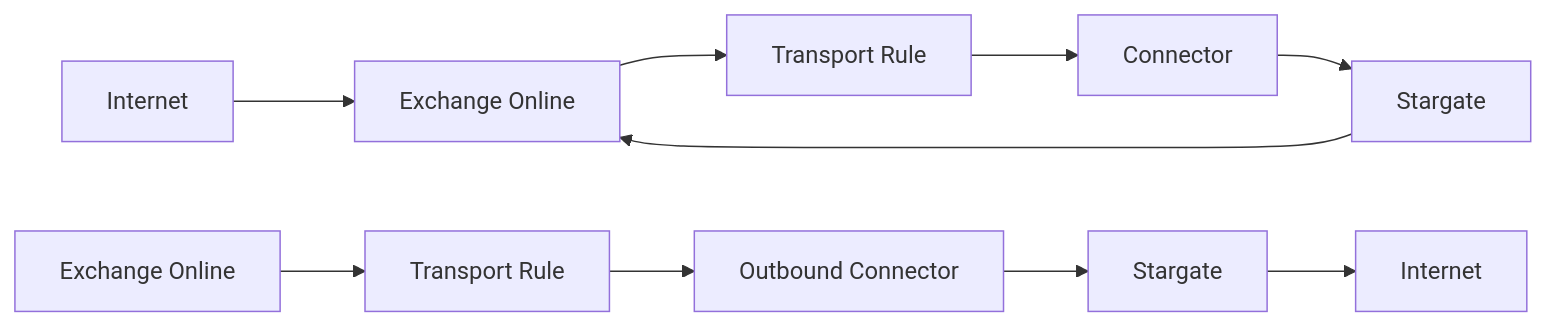
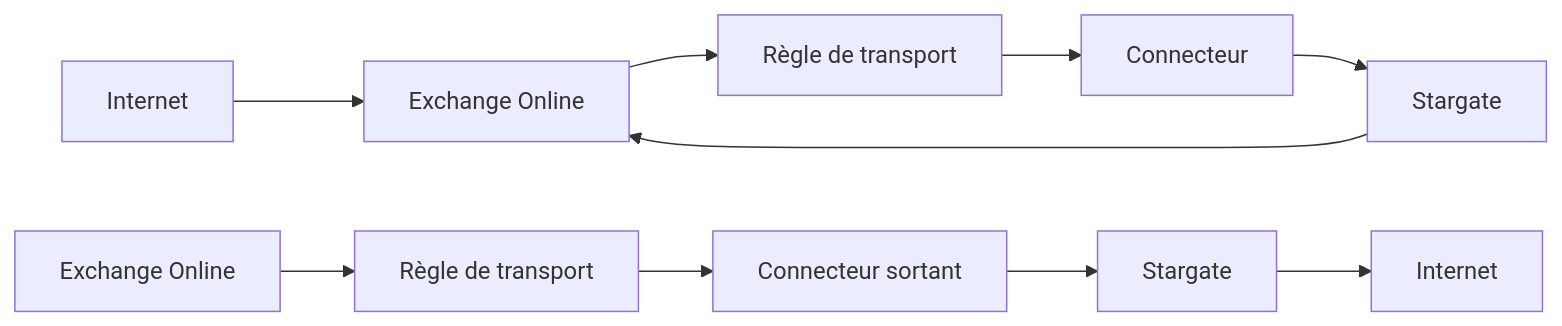
One commit to Health-Info-Net-AG/Stargate-deployment changed the second of 2 diagrams in docs/fr/Exchange-integration.md. Above: the diagram before and after it, drawn with Mermaid. The commit also changed other lines of this file and 19 other files, not shown here.

````diff
--- a/docs/fr/Exchange-integration.md
+++ b/docs/fr/Exchange-integration.md
@@ -34,15 +34,15 @@
 ```mermaid
 flowchart LR
     I1 --> EO --> TR --> C --> S1 --> EO
     E2 --> TR2 --> OC --> S2 --> I2
     I1["Internet"]
     I2["Internet"]
     EO["Exchange Online"]
     E2["Exchange Online"]
-    TR["Transport Rule"]
-    TR2["Transport Rule"]
-    OC["Outbound Connector"]
-    C["Connector"]
+    TR["Règle de transport"]
+    TR2["Règle de transport"]
+    OC["Connecteur sortant"]
+    C["Connecteur"]
     S1["Stargate"]
     S2["Stargate"]
 ```
````
